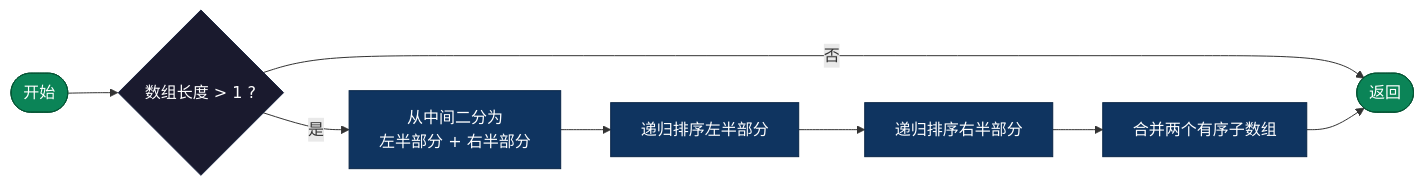
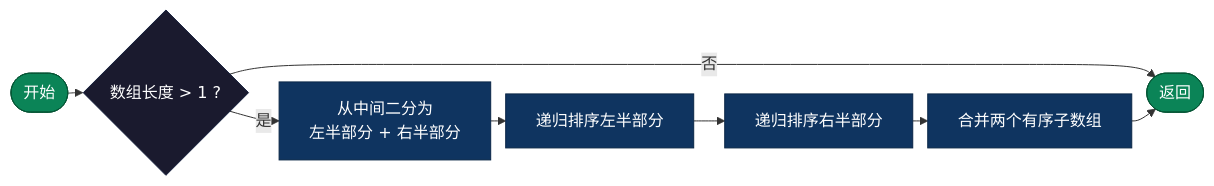
Before and after one commit to microwind/algorithms: the eighth of 14 diagrams in sorting/AI-Era-Top-10-Sorting-Algorithms.md, drawn with Mermaid. The commit also changed other lines of this file and 3 other files, not shown here.

````diff
--- a/sorting/AI-Era-Top-10-Sorting-Algorithms.md
+++ b/sorting/AI-Era-Top-10-Sorting-Algorithms.md
@@ -466,18 +472,19 @@
 ```mermaid
+%%{init: {'flowchart': {'nodeSpacing': 15, 'rankSpacing': 15, 'padding': 15}}}%%
 graph LR
     S(["开始"]) --> CHK{"数组长度 > 1 ?"}
     CHK -->|"否"| END(["返回"])
     CHK -->|"是"| SPLIT["从中间二分为\n左半部分 + 右半部分"]
     SPLIT --> LSORT["递归排序左半部分"]
     LSORT --> RSORT["递归排序右半部分"]
     RSORT --> MERGE["合并两个有序子数组"]
     MERGE --> END
 
     classDef start fill:#0b8457,color:#fff,stroke:#065535
     classDef decision fill:#1a1a2e,color:#fff,stroke:#16213e
     classDef process fill:#0f3460,color:#fff,stroke:#0a2647
 
     class S,END start
     class CHK decision
     class SPLIT,LSORT,RSORT,MERGE process
 ```
````
